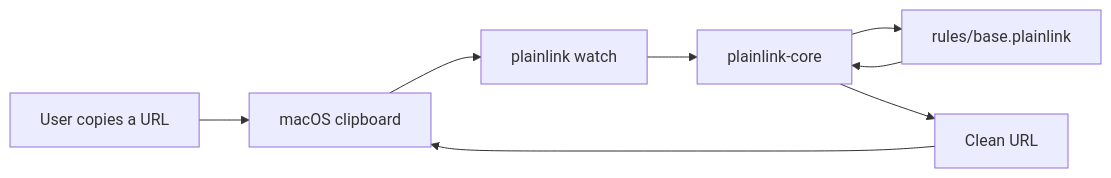
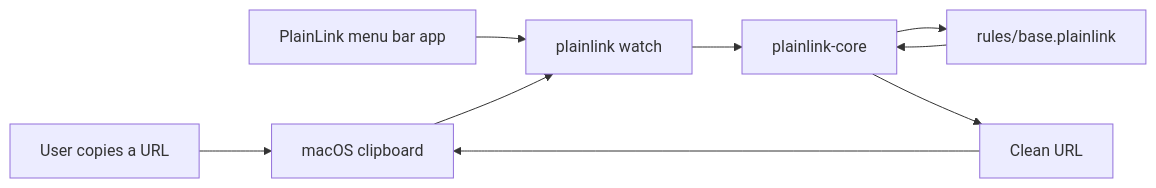
The diagram in README.md (HexCodeYT/PlainLink), drawn with Mermaid before and after one commit. The commit also changed other lines of this file and 5 other files, not shown here.

Commit message:
docs: document macOS menu bar app

````diff
--- a/README.md
+++ b/README.md
@@ -7,10 +7,11 @@
 ```mermaid
 flowchart LR
     Copy["User copies a URL"] --> Clipboard["macOS clipboard"]
-    Clipboard --> Watcher["plainlink watch"]
+    Menu["PlainLink menu bar app"] --> Watcher["plainlink watch"]
+    Clipboard --> Watcher
     Watcher --> Engine["plainlink-core"]
     Engine --> Rules["rules/base.plainlink"]
     Rules --> Engine
     Engine --> Cleaned["Clean URL"]
     Cleaned --> Clipboard
 ```
````
